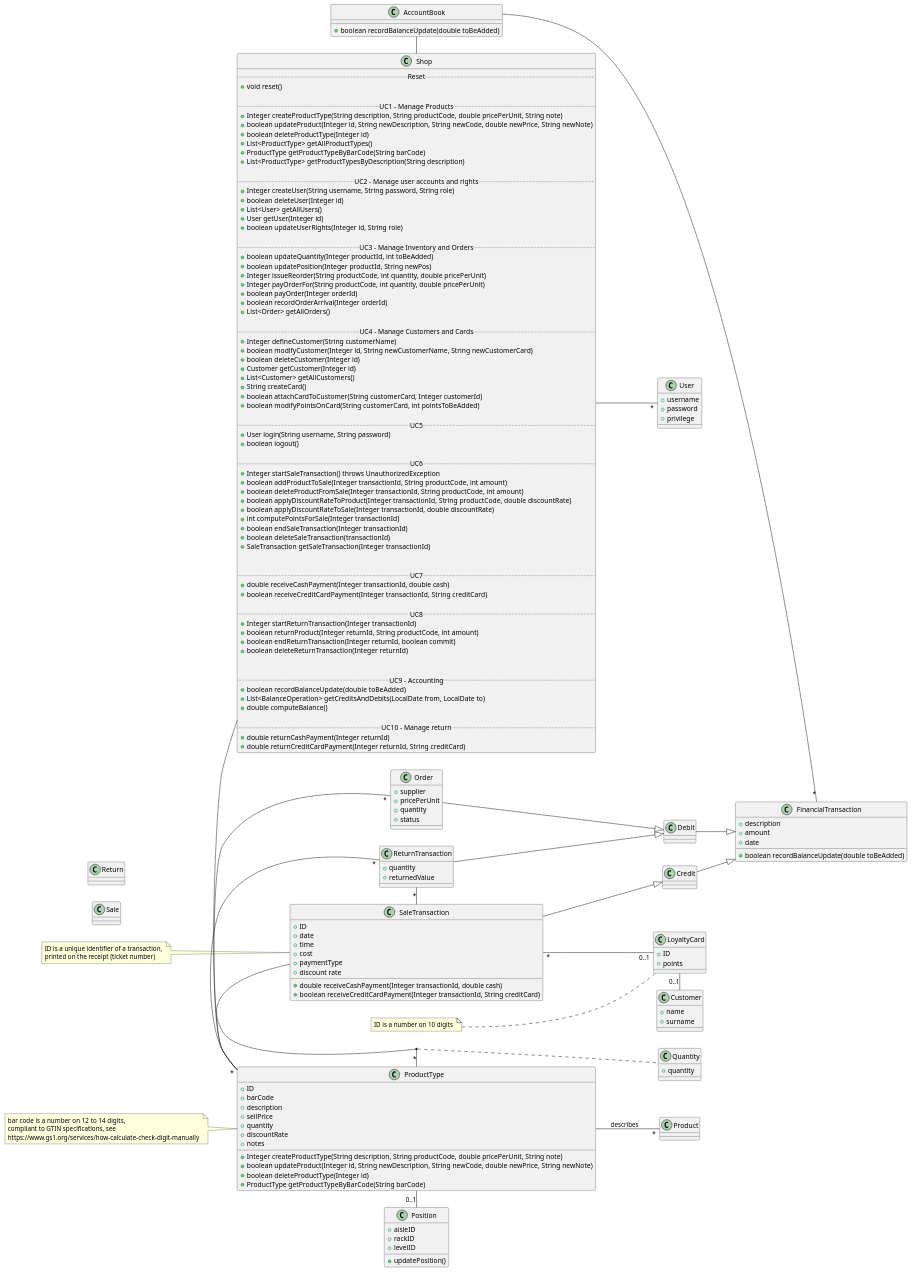
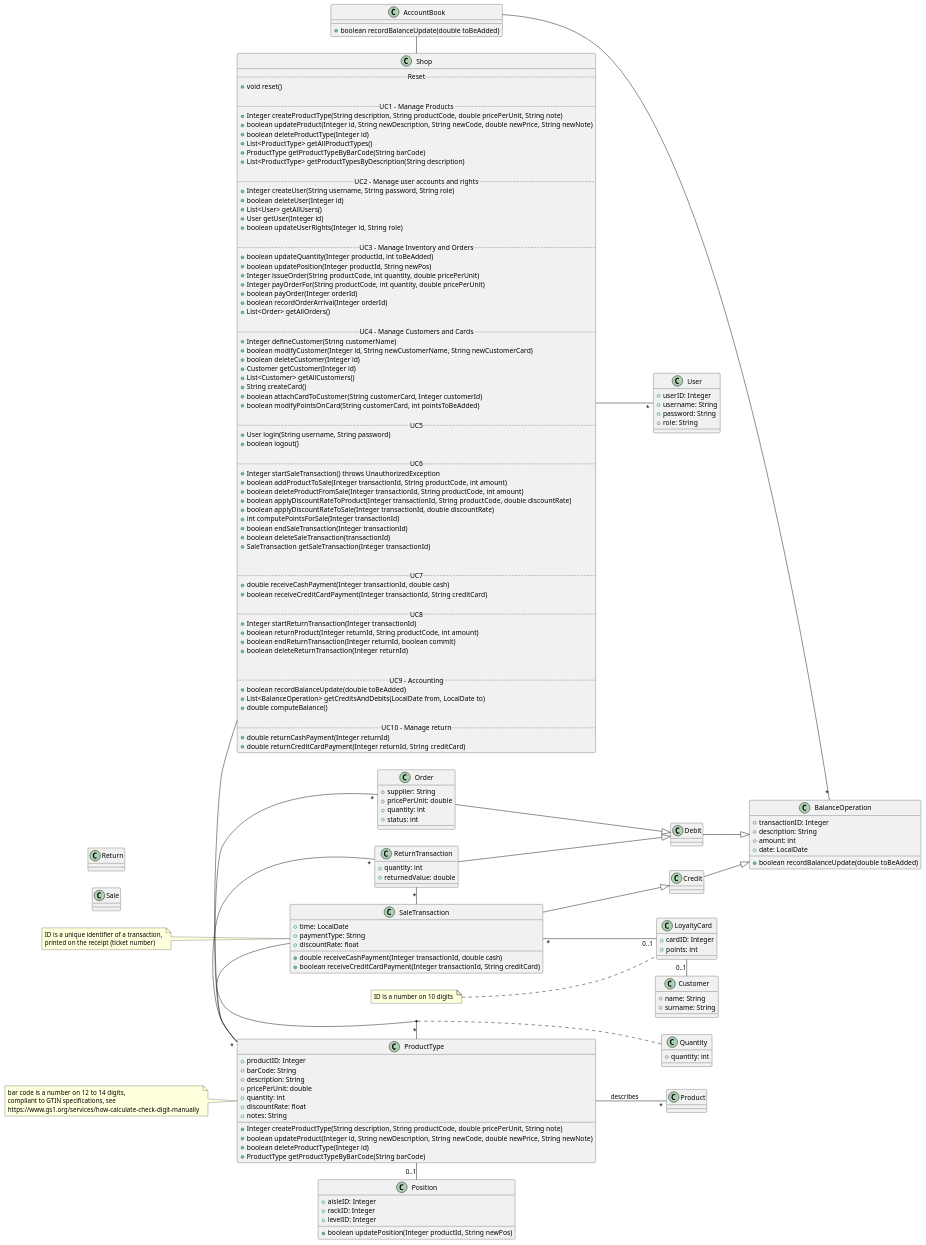
One commit to Stormz4/group20-EzShop changed the second of 13 diagrams in Deliverables/DesignDocument.md. Above: the diagram before and after it, drawn with PlantUML. The commit also changed other lines of this file, not shown here.

Commit message:
Doc: Changes to design document

```diff
--- a/Deliverables/DesignDocument.md
+++ b/Deliverables/DesignDocument.md
@@ -75,7 +75,7 @@
     .. UC3 - Manage Inventory and Orders ..
     +boolean updateQuantity(Integer productId, int toBeAdded)
     +boolean updatePosition(Integer productId, String newPos)
-    +Integer issueReorder(String productCode, int quantity, double pricePerUnit)
+    +Integer issueOrder(String productCode, int quantity, double pricePerUnit)
     +Integer payOrderFor(String productCode, int quantity, double pricePerUnit)
     +boolean payOrder(Integer orderId)
     +boolean recordOrderArrival(Integer orderId)
@@ -129,9 +129,10 @@
 }
 
 class User{
-    +username
-    +password
-    +privilege
+    +userID: Integer
+    +username: String
+    +password: String
+    +role: String
 }
 
 Shop -- "*" User
@@ -140,19 +141,20 @@
  +boolean recordBalanceUpdate(double toBeAdded)
 }
 AccountBook - Shop
-class FinancialTransaction {
- +description
- +amount
- +date
+class BalanceOperation {
+ +transactionID: Integer
+ +description: String 
+ +amount: int
+ +date: LocalDate
 +boolean recordBalanceUpdate(double toBeAdded)
 }
-AccountBook -- "*" FinancialTransaction
+AccountBook -- "*" BalanceOperation
 
 class Credit 
 class Debit
 
-Credit --|> FinancialTransaction
-Debit --|> FinancialTransaction
+Credit --|> BalanceOperation
+Debit --|> BalanceOperation
 
 class Order
 class Sale
@@ -164,13 +166,13 @@
 
 
 class ProductType{
-    +ID
-    +barCode
-    +description
-    +sellPrice
-    +quantity
-    +discountRate
-    +notes
+    +productID: Integer
+    +barCode: String
+    +description: String
+    +pricePerUnit: double
+    +quantity: int
+    +discountRate: float
+    +notes: String
     +Integer createProductType(String description, String productCode, double pricePerUnit, String note)
     +boolean updateProduct(Integer id, String newDescription, String newCode, double newPrice, String newNote)
     +boolean deleteProductType(Integer id)
@@ -180,45 +182,38 @@
 Shop - "*" ProductType
 
 class SaleTransaction {
-    +ID 
-    +date
-    +time
-    +cost
-    +paymentType
-    +discount rate
+    +time: LocalDate
+    +paymentType: String
+    +discountRate: float
     +double receiveCashPayment(Integer transactionId, double cash)
     +boolean receiveCreditCardPayment(Integer transactionId, String creditCard)
 }
 SaleTransaction - "*" ProductType
 
 class Quantity {
-    +quantity
+    +quantity: int
 }
 (SaleTransaction, ProductType)  .. Quantity
 
 class LoyaltyCard {
-    +ID
-    +points
+    +cardID: Integer
+    +points: int
 }
 
 class Customer {
-    +name
-    +surname
+    +name: String
+    +surname: String
 }
 
 LoyaltyCard "0..1" - Customer
 
 SaleTransaction "*" -- "0..1" LoyaltyCard
 
-class Product {
-    
-}
-
 class Position {
-    +aisleID
-    +rackID
-    +levelID
-    +updatePosition()
+    +aisleID: Integer
+    +rackID: Integer
+    +levelID: Integer
+    +boolean updatePosition(Integer productId, String newPos)
 }
 
 ProductType - "0..1" Position
@@ -226,17 +221,17 @@
 ProductType -- "*" Product : describes
 
 class Order {
-  +supplier
-  +pricePerUnit
-  +quantity
-  +status
+  +supplier: String
+  +pricePerUnit: double
+  +quantity: int
+  +status: int
 }
 
 Order "*" - ProductType
 
 class ReturnTransaction {
-  +quantity
-  +returnedValue
+  +quantity: int
+  +returnedValue: double
 }
 
 ReturnTransaction "*" - SaleTransaction
```
